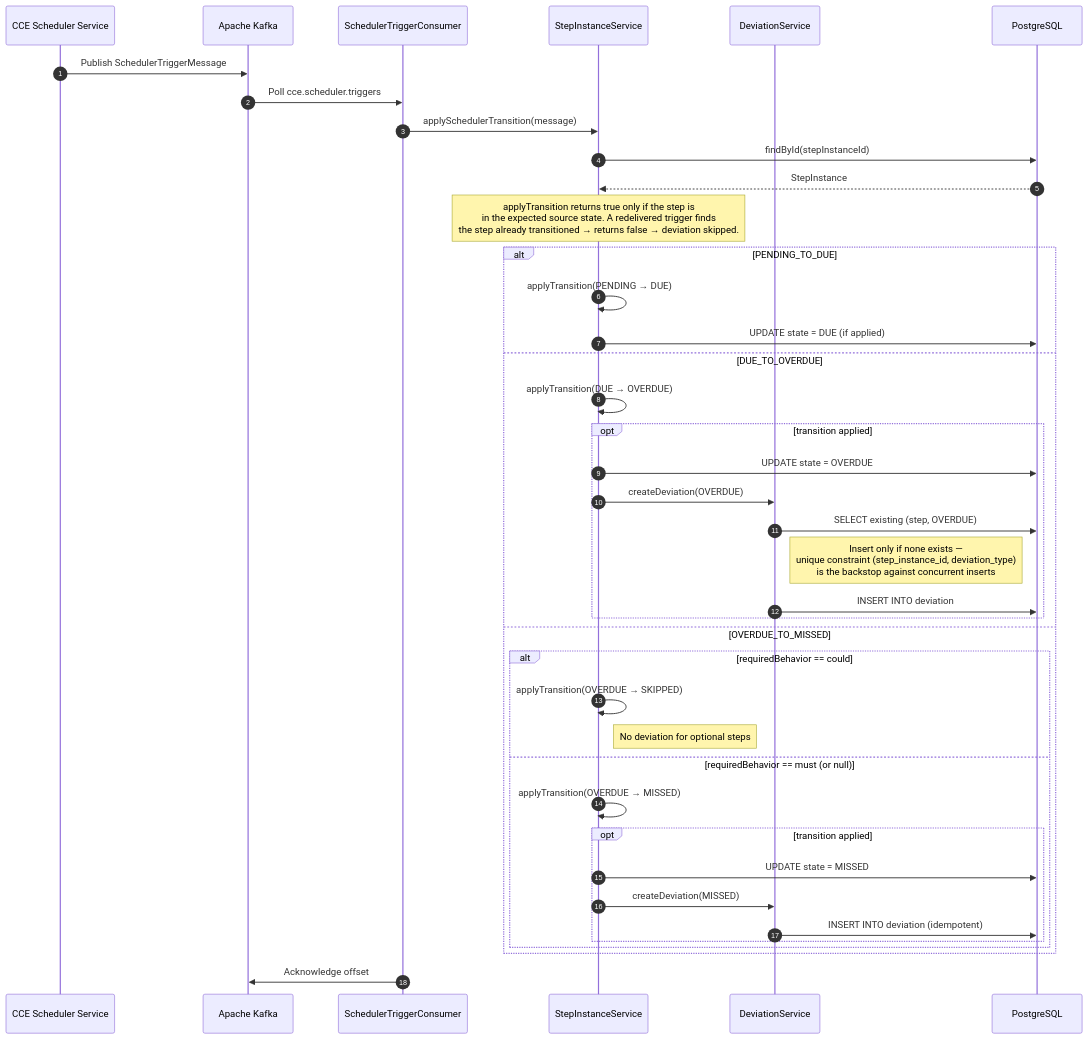
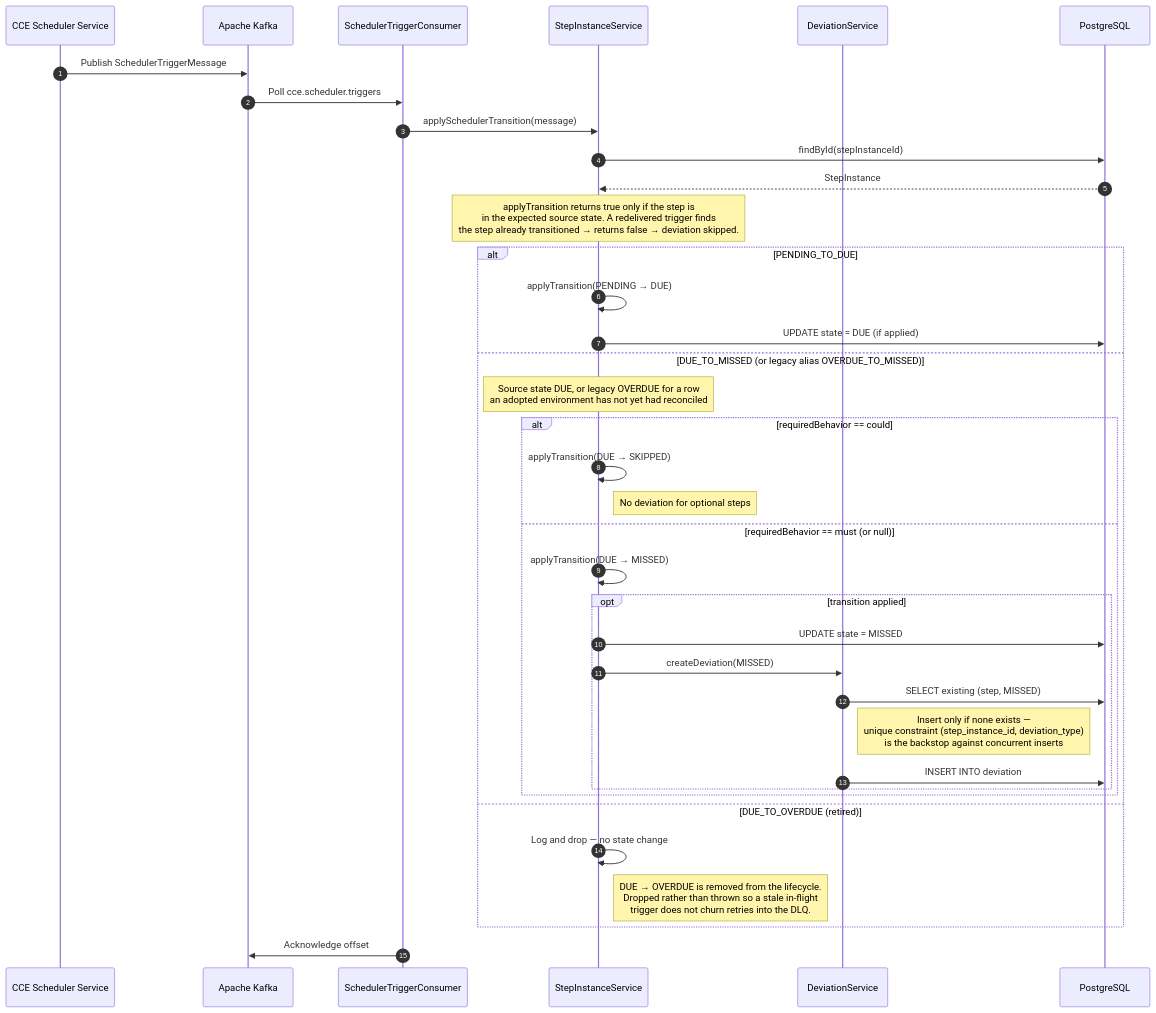
Before and after one commit to Jayaprakash8887/cce-compliance-service: the third of 12 diagrams in docs/flow-diagrams.md, drawn with Mermaid. The commit also changed other lines of this file and 17 other files, not shown here.

Commit message:
Removal of OVERDUE step state

````diff
--- a/docs/flow-diagrams.md
+++ b/docs/flow-diagrams.md
@@ -212,47 +212,44 @@
 ```mermaid
 sequenceDiagram
     autonumber
     participant Scheduler as CCE Scheduler Service
     participant Kafka as Apache Kafka
     participant Consumer as SchedulerTriggerConsumer
     participant StepSvc as StepInstanceService
     participant DevSvc as DeviationService
     participant DB as PostgreSQL
 
     Scheduler->>Kafka: Publish SchedulerTriggerMessage
     Kafka->>Consumer: Poll cce.scheduler.triggers
     Consumer->>StepSvc: applySchedulerTransition(message)
 
     StepSvc->>DB: findById(stepInstanceId)
     DB-->>StepSvc: StepInstance
 
     Note over StepSvc: applyTransition returns true only if the step is<br/>in the expected source state. A redelivered trigger finds<br/>the step already transitioned → returns false → deviation skipped.
 
     alt PENDING_TO_DUE
         StepSvc->>StepSvc: applyTransition(PENDING → DUE)
         StepSvc->>DB: UPDATE state = DUE (if applied)
-    else DUE_TO_OVERDUE
-        StepSvc->>StepSvc: applyTransition(DUE → OVERDUE)
-        opt transition applied
-            StepSvc->>DB: UPDATE state = OVERDUE
-            StepSvc->>DevSvc: createDeviation(OVERDUE)
-            DevSvc->>DB: SELECT existing (step, OVERDUE)
-            Note right of DevSvc: Insert only if none exists —<br/>unique constraint (step_instance_id, deviation_type)<br/>is the backstop against concurrent inserts
-            DevSvc->>DB: INSERT INTO deviation
-        end
-    else OVERDUE_TO_MISSED
+    else DUE_TO_MISSED (or legacy alias OVERDUE_TO_MISSED)
+        Note over StepSvc: Source state DUE, or legacy OVERDUE for a row<br/>an adopted environment has not yet had reconciled
         alt requiredBehavior == could
-            StepSvc->>StepSvc: applyTransition(OVERDUE → SKIPPED)
+            StepSvc->>StepSvc: applyTransition(DUE → SKIPPED)
             Note right of StepSvc: No deviation for optional steps
         else requiredBehavior == must (or null)
-            StepSvc->>StepSvc: applyTransition(OVERDUE → MISSED)
+            StepSvc->>StepSvc: applyTransition(DUE → MISSED)
             opt transition applied
                 StepSvc->>DB: UPDATE state = MISSED
                 StepSvc->>DevSvc: createDeviation(MISSED)
-                DevSvc->>DB: INSERT INTO deviation (idempotent)
+                DevSvc->>DB: SELECT existing (step, MISSED)
+                Note right of DevSvc: Insert only if none exists —<br/>unique constraint (step_instance_id, deviation_type)<br/>is the backstop against concurrent inserts
+                DevSvc->>DB: INSERT INTO deviation
             end
         end
+    else DUE_TO_OVERDUE (retired)
+        StepSvc->>StepSvc: Log and drop — no state change
+        Note right of StepSvc: DUE → OVERDUE is removed from the lifecycle.<br/>Dropped rather than thrown so a stale in-flight<br/>trigger does not churn retries into the DLQ.
     end
 
     Consumer->>Kafka: Acknowledge offset
 ```
````
